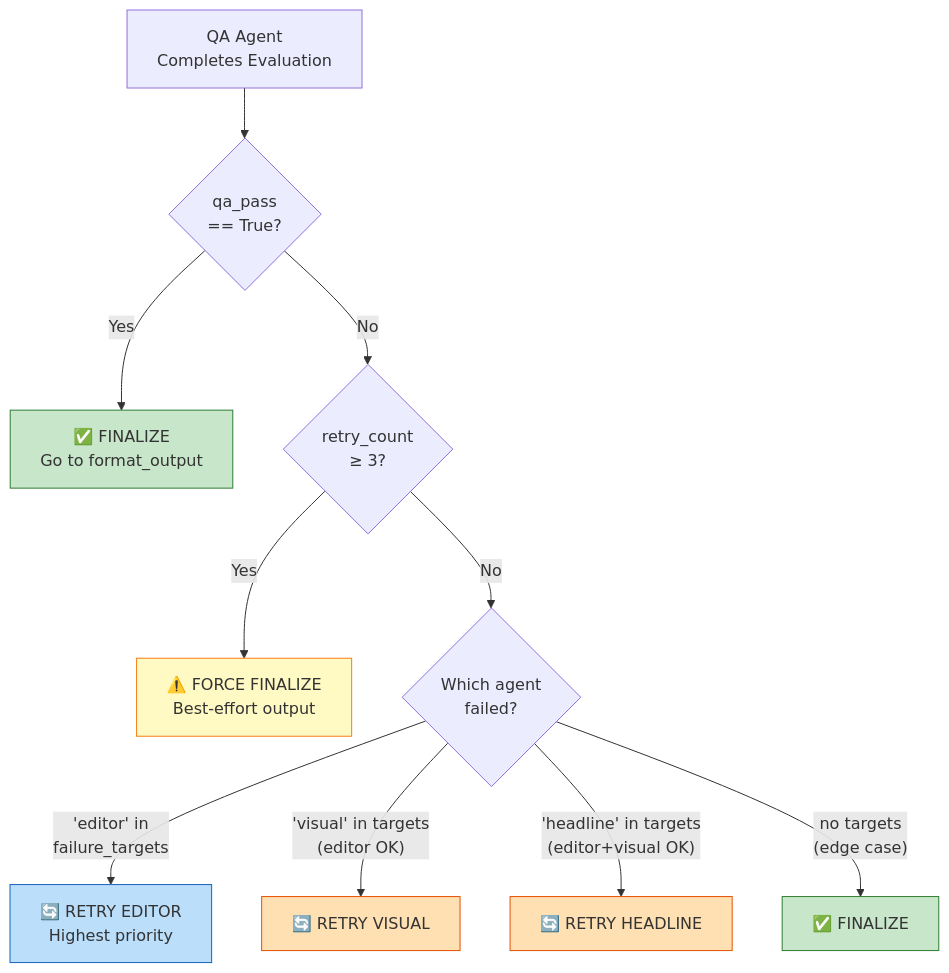
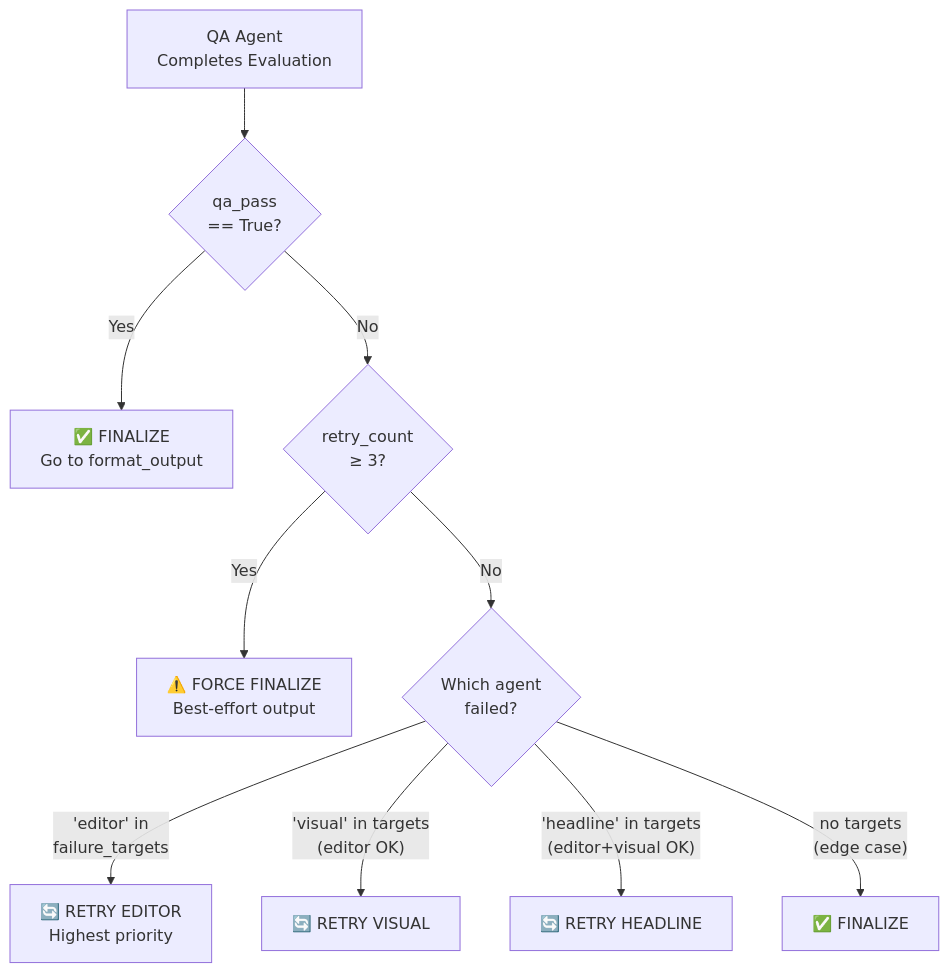
One commit to rohanjain1648/LOQO-AI changed the ninth of 12 diagrams in README.md. Above: the diagram before and after it, drawn with Mermaid. The commit also changed other lines of this file, not shown here.

````diff
--- a/README.md
+++ b/README.md
@@ -565,19 +545,14 @@
 ```mermaid
 graph TD
     QA["QA Agent<br/>Completes Evaluation"] --> P{"qa_pass<br/>== True?"}
     P -->|"Yes"| FIN["✅ FINALIZE<br/>Go to format_output"]
     P -->|"No"| RC{"retry_count<br/>≥ 3?"}
     RC -->|"Yes"| FORCE["⚠️ FORCE FINALIZE<br/>Best-effort output"]
     RC -->|"No"| T{"Which agent<br/>failed?"}
     T -->|"'editor' in<br/>failure_targets"| RE["🔄 RETRY EDITOR<br/>Highest priority"]
     T -->|"'visual' in targets<br/>(editor OK)"| RV["🔄 RETRY VISUAL"]
     T -->|"'headline' in targets<br/>(editor+visual OK)"| RH["🔄 RETRY HEADLINE"]
     T -->|"no targets<br/>(edge case)"| FIN2["✅ FINALIZE"]
 
-    style FIN fill:#c8e6c9,stroke:#2e7d32
-    style FIN2 fill:#c8e6c9,stroke:#2e7d32
-    style FORCE fill:#fff9c4,stroke:#f57f17
-    style RE fill:#bbdefb,stroke:#1565c0
-    style RV fill:#ffe0b2,stroke:#e65100
-    style RH fill:#ffe0b2,stroke:#e65100
+
 ```
````
